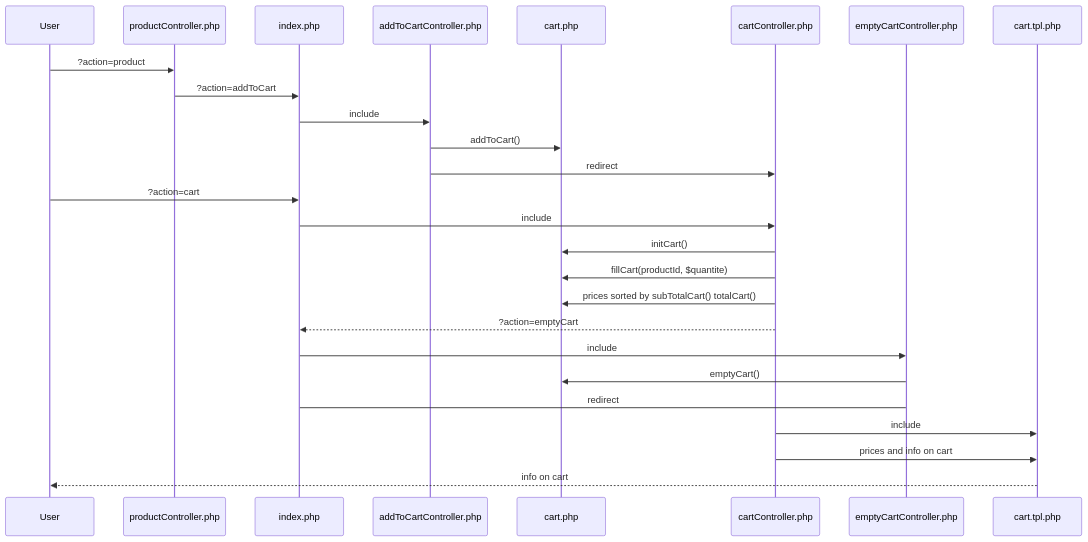
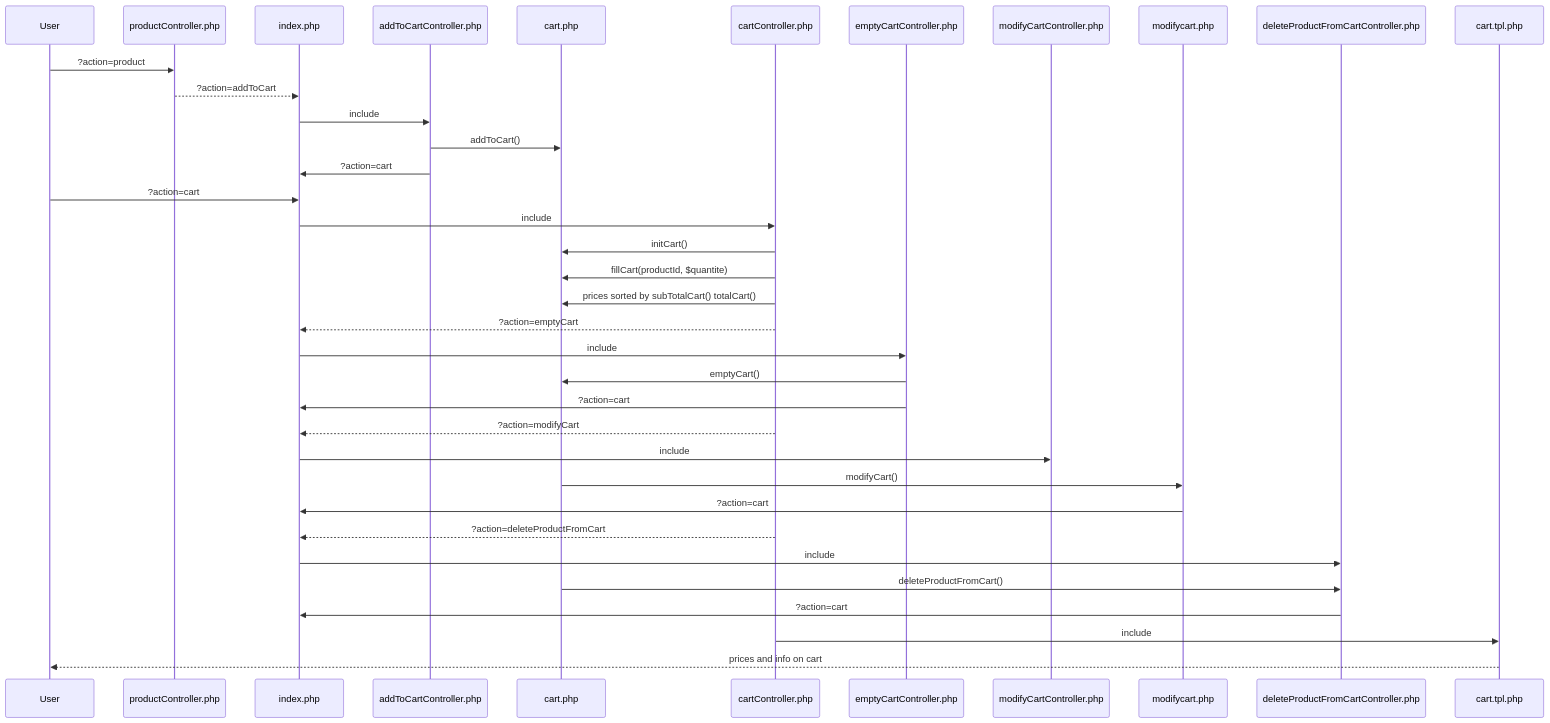
One commit to AugustinPech/cours_PHP_Boutique changed the second of 2 diagrams in doc/diagram.md. Above: the diagram before and after it, drawn with Mermaid. The commit also changed other lines of this file and 7 other files, not shown here.

Commit message:
delete product fonctionne

````diff
--- a/doc/diagram.md
+++ b/doc/diagram.md
@@ -49,21 +50,32 @@
 ```mermaid
 sequenceDiagram
 
 	User->>productController.php: ?action=product
-	productController.php->>index.php: ?action=addToCart
-	index.php ->> addToCartController.php:include
-	addToCartController.php->>cart.php: addToCart()
-	addToCartController.php->>cartController.php:redirect
-	    User->>index.php: ?action=cart
+		productController.php-->>index.php: ?action=addToCart
+		index.php ->> addToCartController.php:include
+		addToCartController.php->>cart.php: addToCart()
+		addToCartController.php->>index.php:?action=cart
+	User->>index.php: ?action=cart
     index.php->>cartController.php: include
     cartController.php->>cart.php: initCart()
     cartController.php->>cart.php: fillCart(productId, $quantite)
 	cartController.php->>cart.php: prices sorted by subTotalCart() totalCart()
-	    cartController.php-->> index.php: ?action=emptyCart
-		index.php->>emptyCartController.php: include
-		emptyCartController.php->> cart.php : emptyCart()
-		emptyCartController.php->index.php: redirect
+	
+	cartController.php-->> index.php: ?action=emptyCart
+	index.php->>emptyCartController.php: include
+	emptyCartController.php->> cart.php : emptyCart()
+	emptyCartController.php->>index.php: ?action=cart
+	
+	cartController.php-->> index.php: ?action=modifyCart
+		 index.php ->> modifyCartController.php: include
+	cart.php->>modifycart.php: modifyCart()
+	modifycart.php->>index.php: ?action=cart
+	
+	cartController.php-->> index.php: ?action=deleteProductFromCart
+	 index.php ->> deleteProductFromCartController.php: include
+	 cart.php->>deleteProductFromCartController.php: deleteProductFromCart()
+	 deleteProductFromCartController.php->>index.php:?action=cart
+	 
     cartController.php->>cart.tpl.php: include
-    cartController.php->>cart.tpl.php: prices and info on cart
-    cart.tpl.php -->>User: info on cart
+    cart.tpl.php -->>User: prices and info on cart
 ```
````
